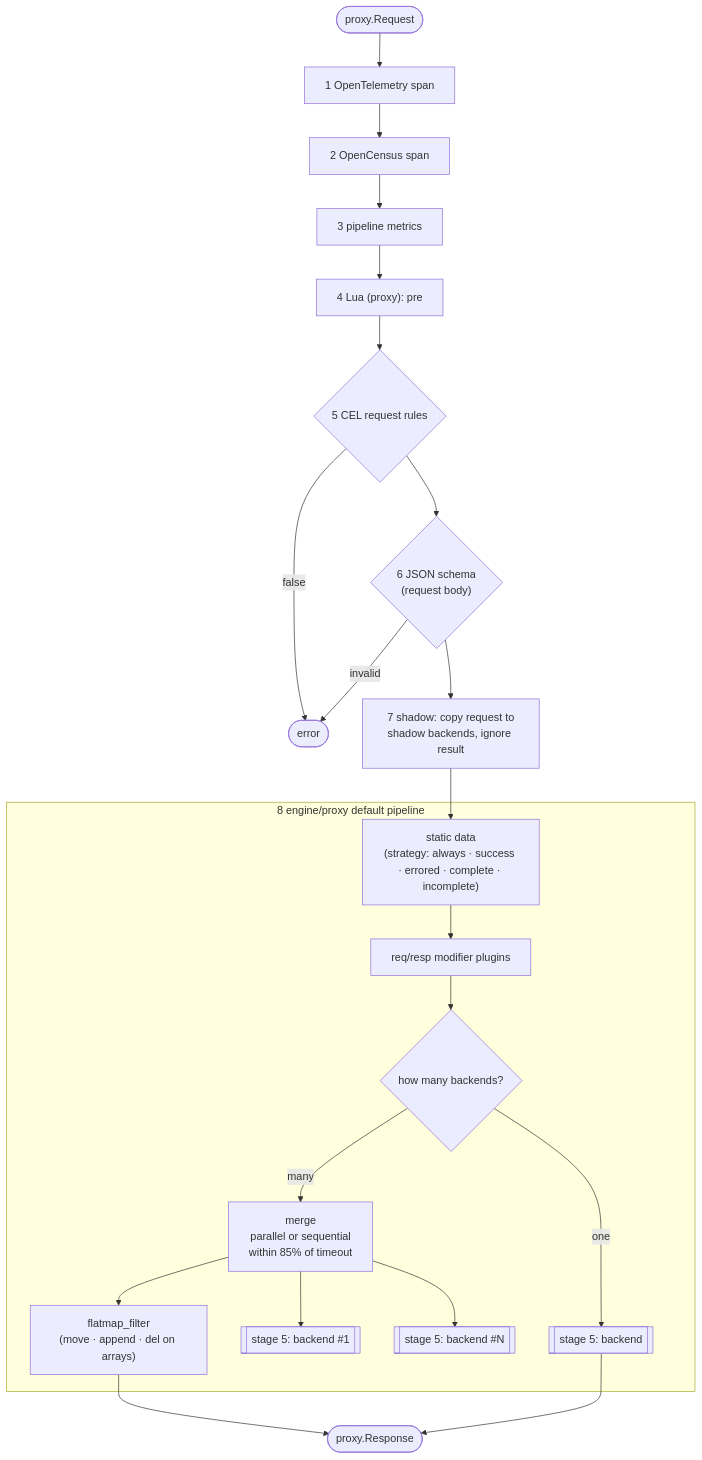
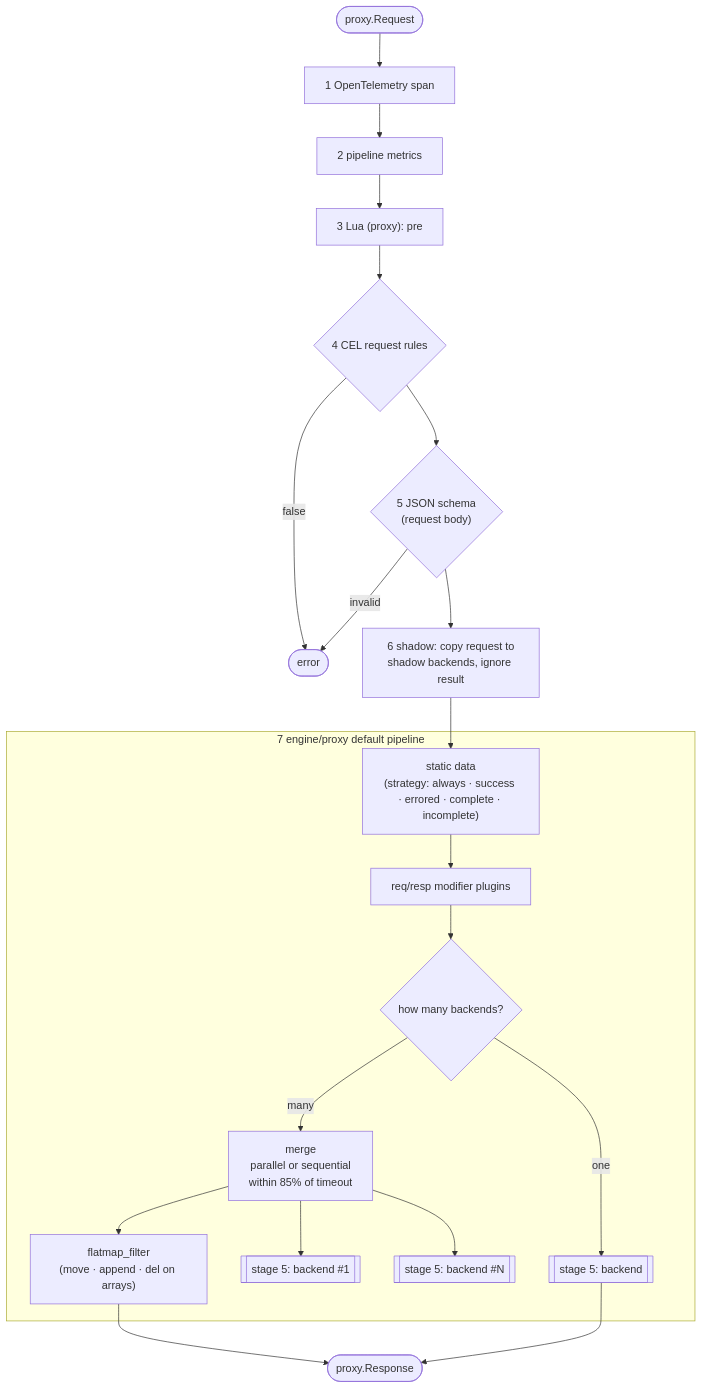
The diagram in docs/flow/4-endpoint.md (9edang/inkgate), drawn with Mermaid before and after one commit. The commit also changed other lines of this file and 72 other files, not shown here.

First line of the commit message:
dependencies: drop OpenCensus and op/go-logging, AWS SDK v2, go-jose v4

````diff
--- a/docs/flow/4-endpoint.md
+++ b/docs/flow/4-endpoint.md
@@ -9,22 +9,22 @@
 ```mermaid
 flowchart TD
-    IN([proxy.Request]) --> S1["1 OpenTelemetry span"] --> S2["2 OpenCensus span"] --> S3["3 pipeline metrics"]
-    S3 --> S4["4 Lua (proxy): pre"]
-    S4 --> S5{"5 CEL request rules"}
-    S5 -- false --> XE([error])
-    S5 --> S6{"6 JSON schema<br/>(request body)"}
-    S6 -- invalid --> XE
-    S6 --> S7["7 shadow: copy request to<br/>shadow backends, ignore result"]
-    S7 --> D1
-    subgraph CORE ["8 engine/proxy default pipeline"]
+    IN([proxy.Request]) --> S1["1 OpenTelemetry span"] --> S2["2 pipeline metrics"]
+    S2 --> S3["3 Lua (proxy): pre"]
+    S3 --> S4{"4 CEL request rules"}
+    S4 -- false --> XE([error])
+    S4 --> S5{"5 JSON schema<br/>(request body)"}
+    S5 -- invalid --> XE
+    S5 --> S6["6 shadow: copy request to<br/>shadow backends, ignore result"]
+    S6 --> D1
+    subgraph CORE ["7 engine/proxy default pipeline"]
       D1["static data<br/>(strategy: always · success · errored · complete · incomplete)"] --> D2["req/resp modifier plugins"]
       D2 --> D3{"how many backends?"}
       D3 -- one --> B1[["stage 5: backend"]]
       D3 -- many --> M["merge<br/>parallel or sequential<br/>within 85% of timeout"]
       M --> B2[["stage 5: backend #1"]]
       M --> B3[["stage 5: backend #N"]]
       M --> F["flatmap_filter<br/>(move · append · del on arrays)"]
     end
     F --> OUT([proxy.Response])
     B1 --> OUT
 ```
````
